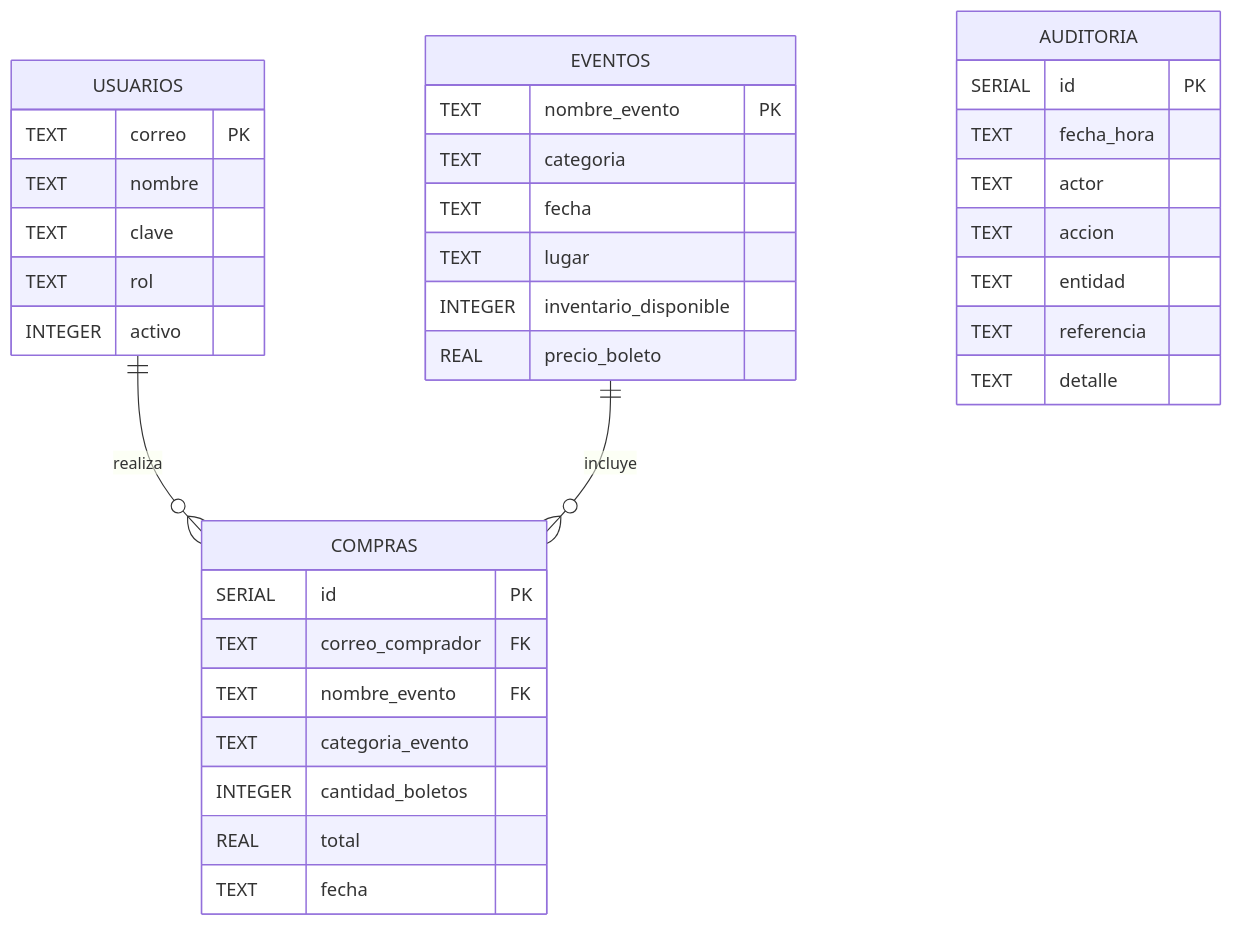
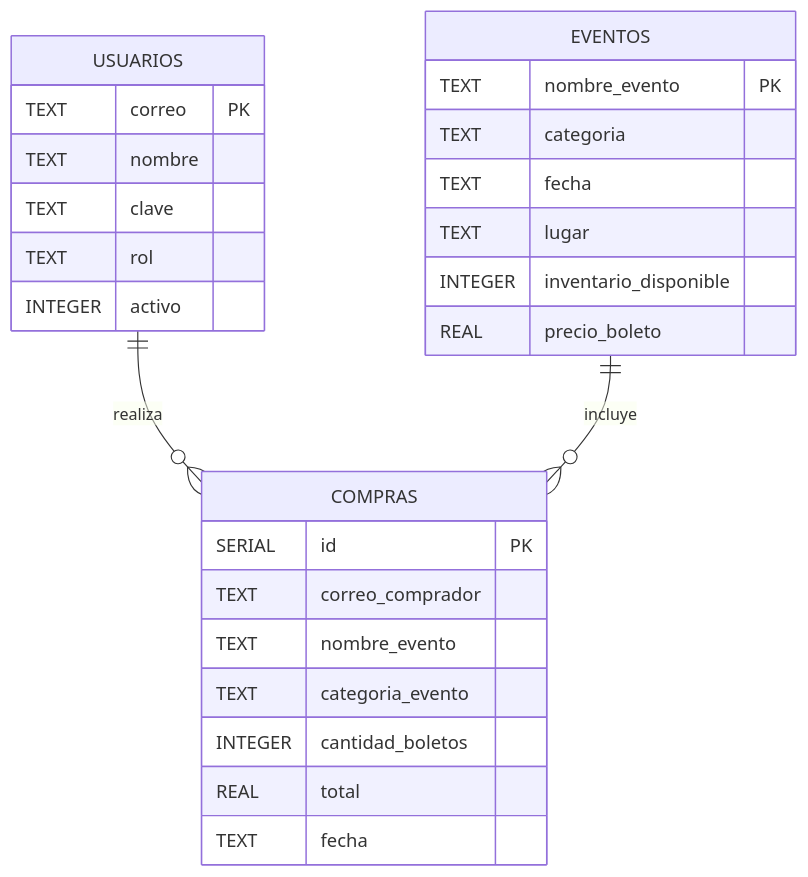
The diagram in docs/entidad-relacion.md (eddieescamilla/Proyecto_Gestion_Boletos_POO), drawn with Mermaid before and after one commit. The commit also changed other lines of this file and 2 other files, not shown here.

First line of the commit message:
docs: reflejar el estado real de develop en el ERD y ADR de Flyway

````diff
--- a/docs/entidad-relacion.md
+++ b/docs/entidad-relacion.md
@@ -9,42 +11,32 @@
 ```mermaid
 erDiagram
     USUARIOS ||--o{ COMPRAS : realiza
     EVENTOS  ||--o{ COMPRAS : incluye
 
     USUARIOS {
       TEXT    correo PK
       TEXT    nombre
       TEXT    clave
       TEXT    rol
       INTEGER activo
     }
 
     EVENTOS {
       TEXT    nombre_evento PK
       TEXT    categoria
       TEXT    fecha
       TEXT    lugar
       INTEGER inventario_disponible
       REAL    precio_boleto
     }
 
     COMPRAS {
       SERIAL  id PK
-      TEXT    correo_comprador FK
-      TEXT    nombre_evento FK
+      TEXT    correo_comprador
+      TEXT    nombre_evento
       TEXT    categoria_evento
       INTEGER cantidad_boletos
       REAL    total
       TEXT    fecha
     }
-
-    AUDITORIA {
-      SERIAL id PK
-      TEXT   fecha_hora
-      TEXT   actor
-      TEXT   accion
-      TEXT   entidad
-      TEXT   referencia
-      TEXT   detalle
-    }
 ```
````
